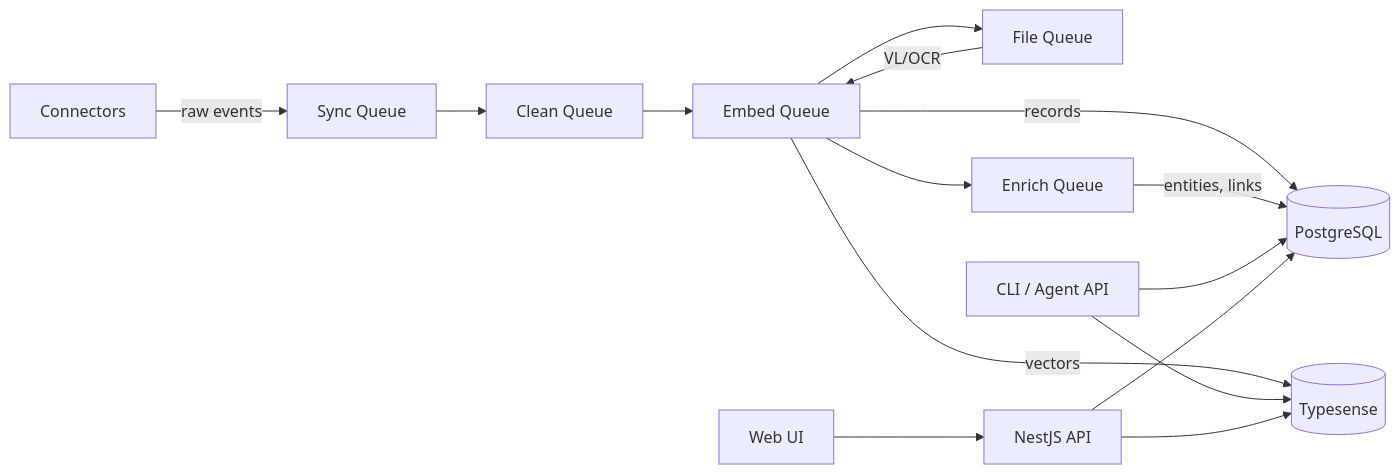
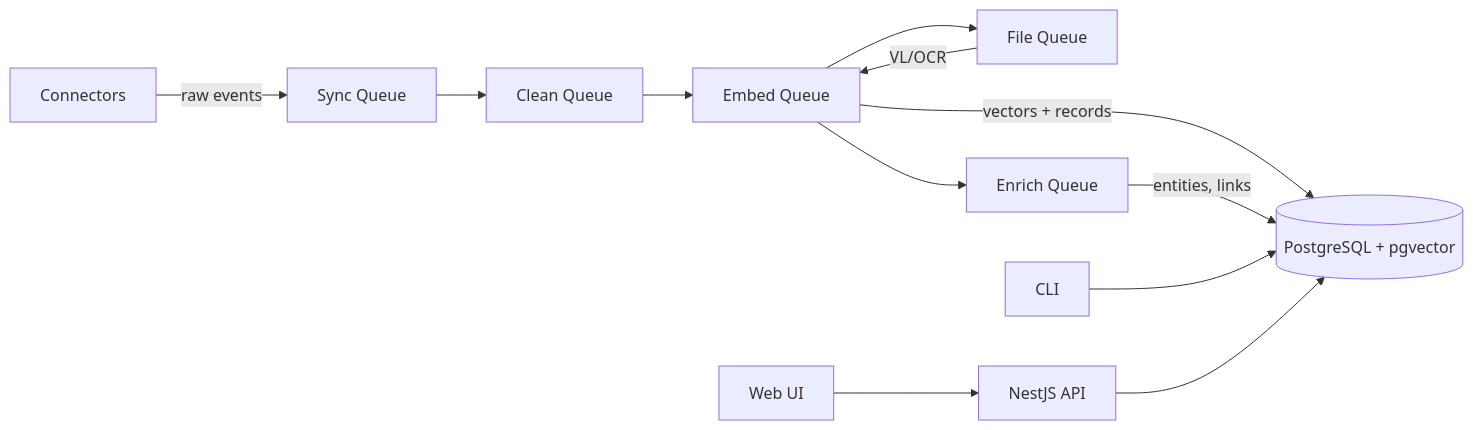
Before and after one commit to botmem/botmem: the diagram in README.md, drawn with Mermaid. The commit also changed other lines of this file and 117 other files, not shown here.

````diff
--- a/README.md
+++ b/README.md
@@ -60,17 +60,14 @@
 ```mermaid
 graph LR
     C[Connectors] -->|raw events| SQ[Sync Queue]
     SQ --> CQ[Clean Queue]
     CQ --> EQ[Embed Queue]
-    EQ -->|vectors| TS[(Typesense)]
-    EQ -->|records| PG[(PostgreSQL)]
+    EQ -->|vectors + records| PG[(PostgreSQL + pgvector)]
     EQ --> FQ[File Queue]
     FQ -->|VL/OCR| EQ
     EQ --> NQ[Enrich Queue]
     NQ -->|entities, links| PG
-    CLI[CLI / Agent API] --> TS
     CLI --> PG
     Web[Web UI] --> API[NestJS API]
-    API --> TS
     API --> PG
 ```
````
